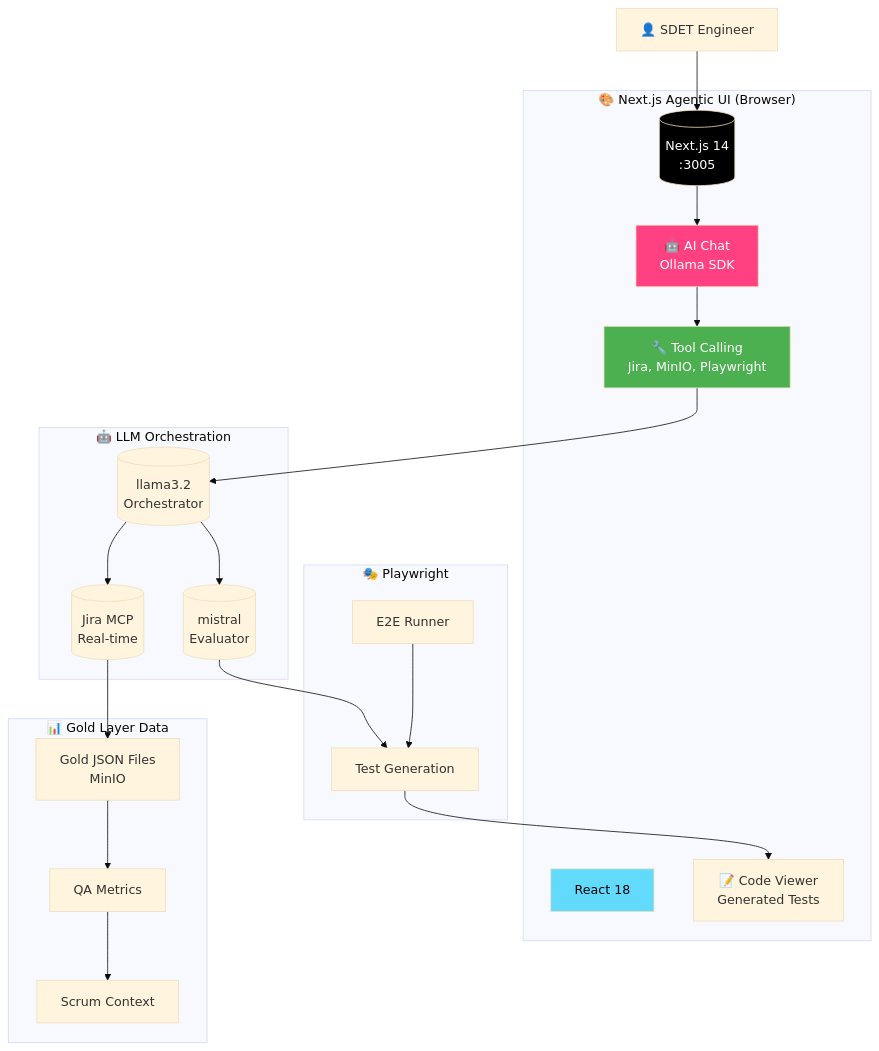
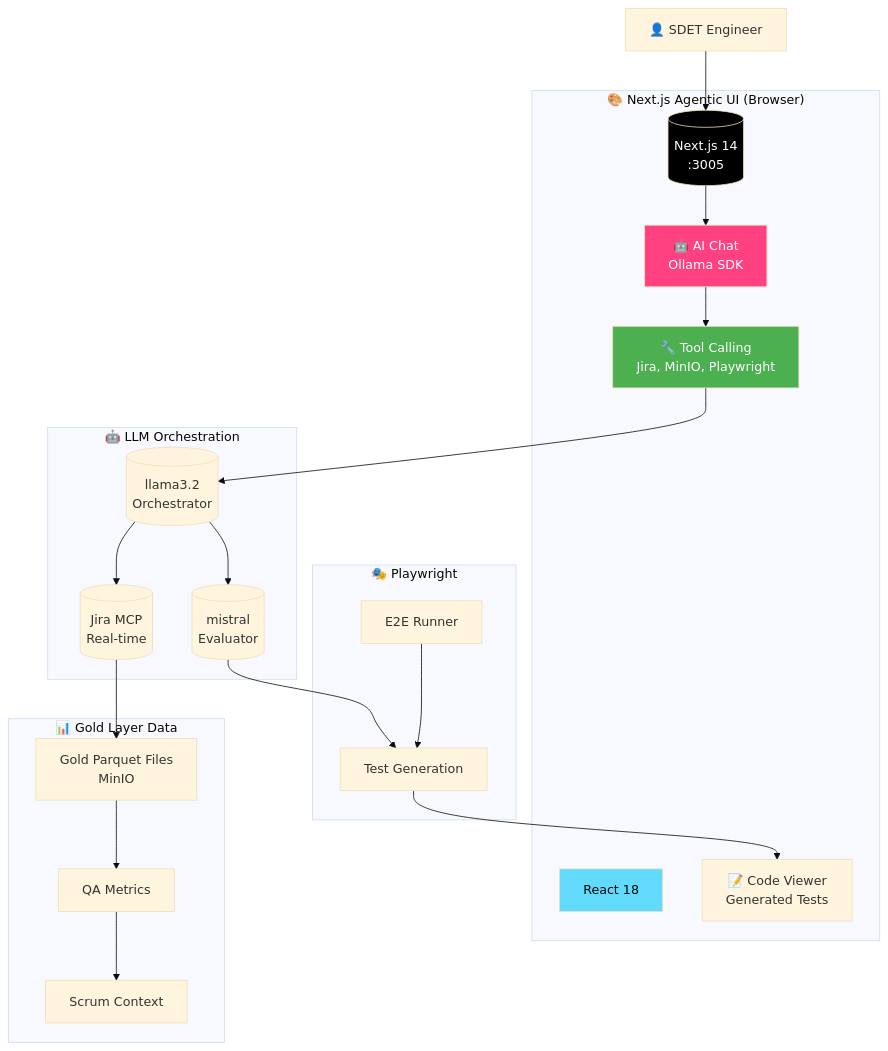
Before and after one commit to BugMentor/sdet-agent: the sixth of 7 diagrams in README.md, drawn with Mermaid (base theme). The commit also changed other lines of this file and 4 other files, not shown here.

````diff
--- a/README.md
+++ b/README.md
@@ -323,48 +375,48 @@
 ```mermaid
 flowchart TD
     User["👤 SDET Engineer"]
-    
+
     subgraph Client["🎨 Next.js Agentic UI (Browser)"]
         N[("Next.js 14<br/>:3005")]
         R["React 18"]
         Chat["🤖 AI Chat<br/>Ollama SDK"]
         Tools["🔧 Tool Calling<br/>Jira, MinIO, Playwright"]
         Code["📝 Code Viewer<br/>Generated Tests"]
     end
-    
+
     subgraph Data["📊 Gold Layer Data"]
-        G["Gold JSON Files<br/>MinIO"]
+        G["Gold Parquet Files<br/>MinIO"]
         QA["QA Metrics"]
         Scrum["Scrum Context"]
     end
-    
+
     subgraph LLMs["🤖 LLM Orchestration"]
         Llama[("llama3.2<br/>Orchestrator")]
         Mistral[("mistral<br/>Evaluator")]
         MCP[("Jira MCP<br/>Real-time")]
     end
-    
+
     subgraph PW["🎭 Playwright"]
         PWGen["Test Generation"]
         PWRun["E2E Runner"]
     end
-    
+
     User --> N
     N --> Chat
     Chat --> Tools
     Tools --> Llama
     Llama --> MCP
     MCP --> G
     G --> QA
     QA --> Scrum
     Llama --> Mistral
     Mistral --> PWGen
     PWGen --> Code
     PWRun --> PWGen
-    
+
     style N fill:#000,color:#fff
     style R fill:#61dafb,color:#000
     style Chat fill:#ff4081,color:#fff
     style Tools fill:#4caf50,color:#fff
 
 ```
````
